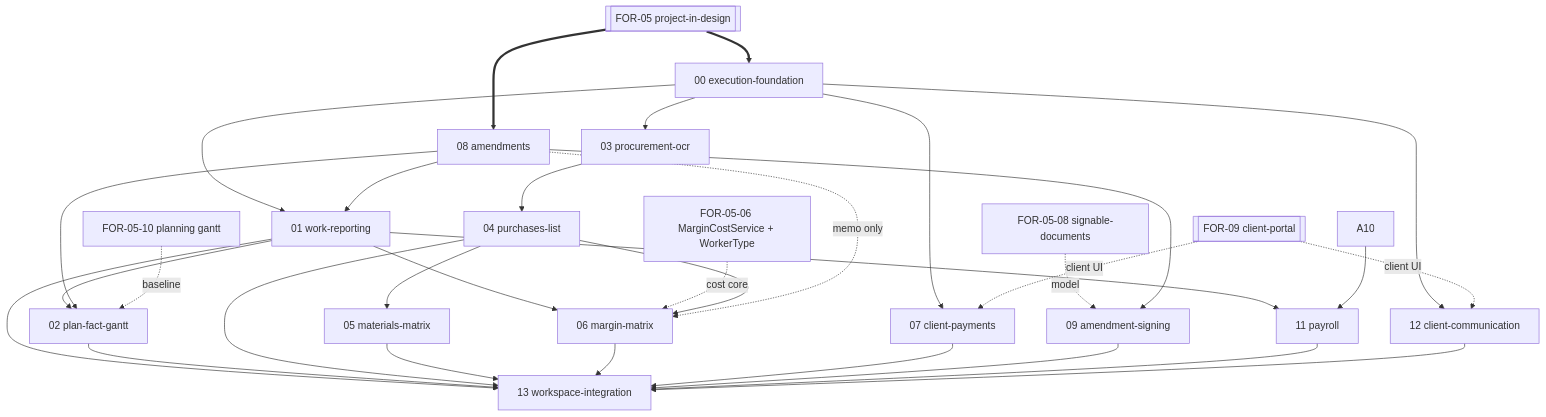
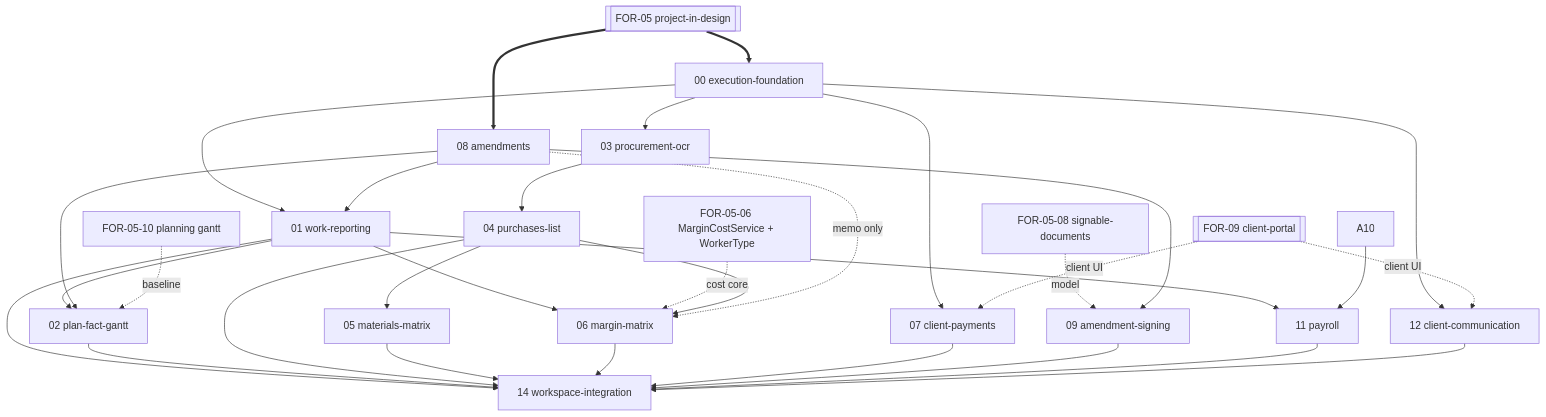
The diagram in .kiro/specs/FOR-06-project-in-progress/OVERVIEW.md (ctoloaders/foremen), drawn with Mermaid before and after one commit. The commit also changed other lines of this file and 3 other files, not shown here.

Commit message:
docs(FOR-06-13): project acceptance requirements; workspace integration renumbered to FOR-06-14

````diff
--- a/.kiro/specs/FOR-06-project-in-progress/OVERVIEW.md
+++ b/.kiro/specs/FOR-06-project-in-progress/OVERVIEW.md
@@ -113,34 +114,34 @@
 ```mermaid
 graph TD
     FOR05[[FOR-05 project-in-design]] ==> F00[00 execution-foundation]
     FOR05 ==> A08[08 amendments]
     F00 --> A01[01 work-reporting]
     A08 --> A01
     A01 --> A02[02 plan-fact-gantt]
     A08 --> A02
     G10[FOR-05-10 planning gantt] -.baseline.-> A02
     F00 --> A03[03 procurement-ocr]
     A03 --> A04[04 purchases-list]
     A04 --> A05[05 materials-matrix]
     A01 --> A06[06 margin-matrix]
     M06[FOR-05-06 MarginCostService + WorkerType] -.cost core.-> A06
     A04 --> A06
     A08 -.memo only.-> A06
     S08[FOR-05-08 signable-documents] -.model.-> A09[09 amendment-signing]
     A08 --> A09
     F00 --> A07[07 client-payments]
     A01 --> A11[11 payroll]
     A10 --> A11
     F00 --> A12[12 client-communication]
     FOR09[[FOR-09 client-portal]] -.client UI.-> A07
     FOR09 -.client UI.-> A12
-    A01 --> A13[13 workspace-integration]
+    A01 --> A13[14 workspace-integration]
     A02 --> A13
     A04 --> A13
     A05 --> A13
     A06 --> A13
     A07 --> A13
     A09 --> A13
     A11 --> A13
     A12 --> A13
 ```
````
